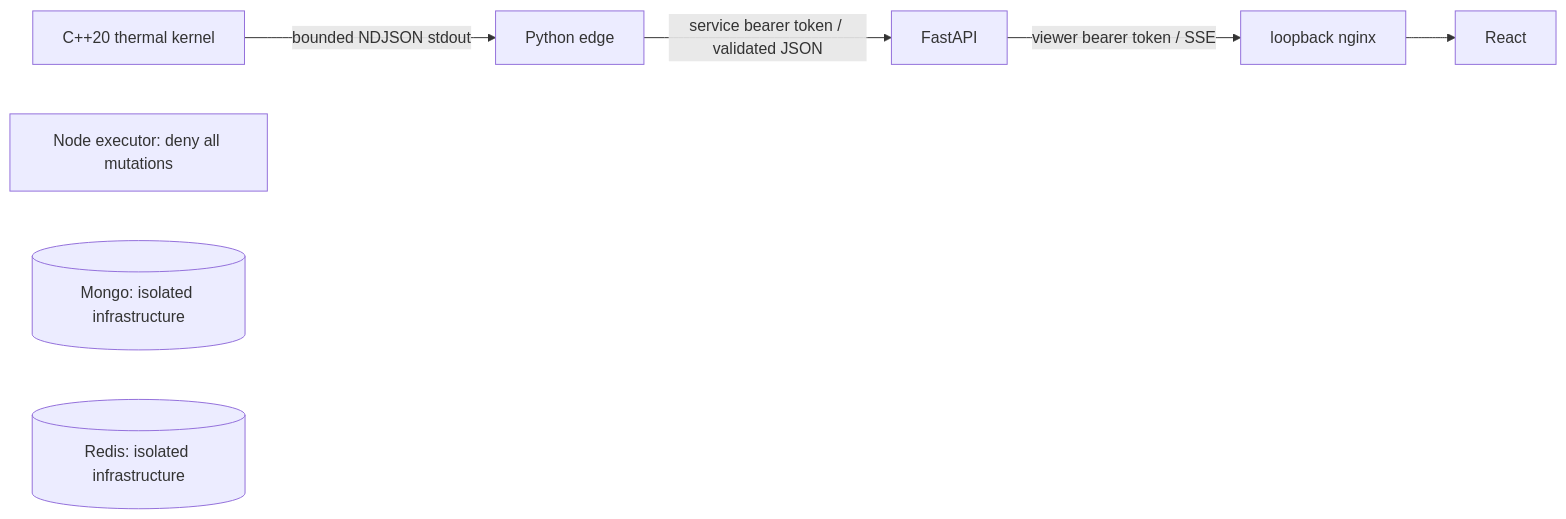
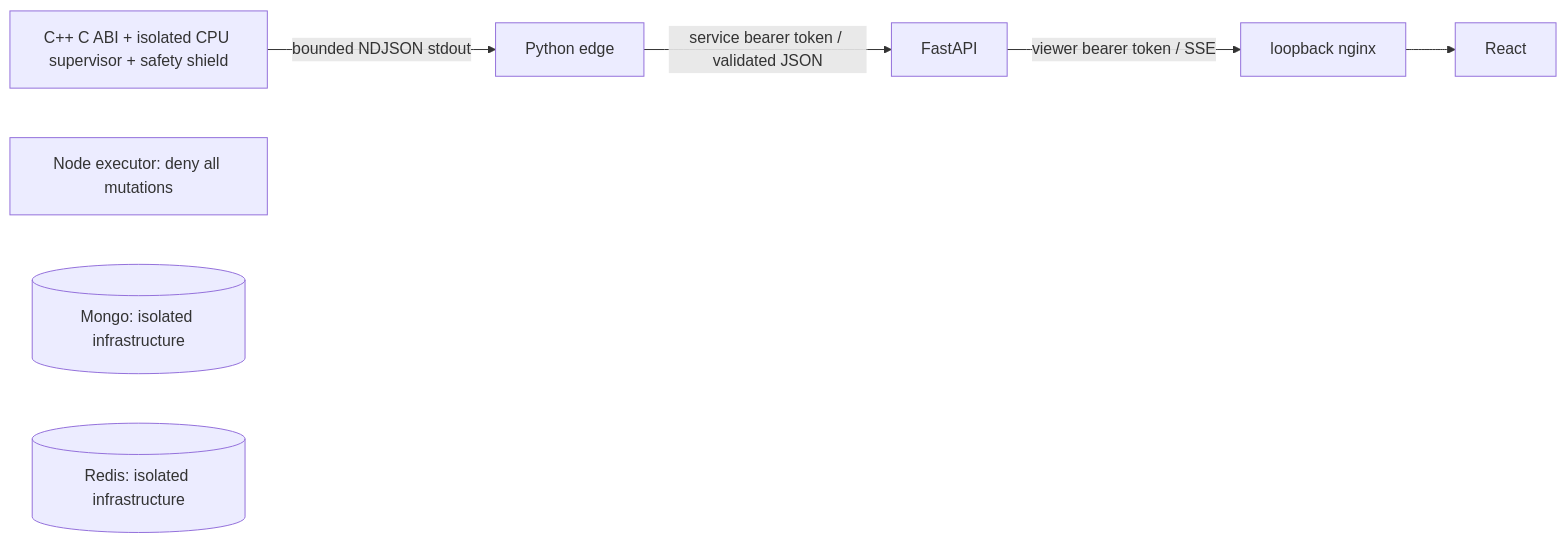
The diagram in docs/ARCHITECTURE.md (ranaprathapreddy597/AEGIS-GRID), drawn with Mermaid before and after one commit. The commit also changed other lines of this file and 154 other files, not shown here.

Commit message:
feat: complete Phase 3 independent edge sentinel and safety

````diff
--- a/docs/ARCHITECTURE.md
+++ b/docs/ARCHITECTURE.md
@@ -6,10 +6,10 @@
 ```mermaid
 flowchart LR
-  C[C++20 thermal kernel] -->|bounded NDJSON stdout| E[Python edge]
+  C[C++ C ABI + isolated CPU supervisor + safety shield] -->|bounded NDJSON stdout| E[Python edge]
   E -->|service bearer token / validated JSON| A[FastAPI]
   A -->|viewer bearer token / SSE| N[loopback nginx]
   N --> R[React]
   X[Node executor: deny all mutations]
   M[(Mongo: isolated infrastructure)]
   D[(Redis: isolated infrastructure)]
 ```
````
